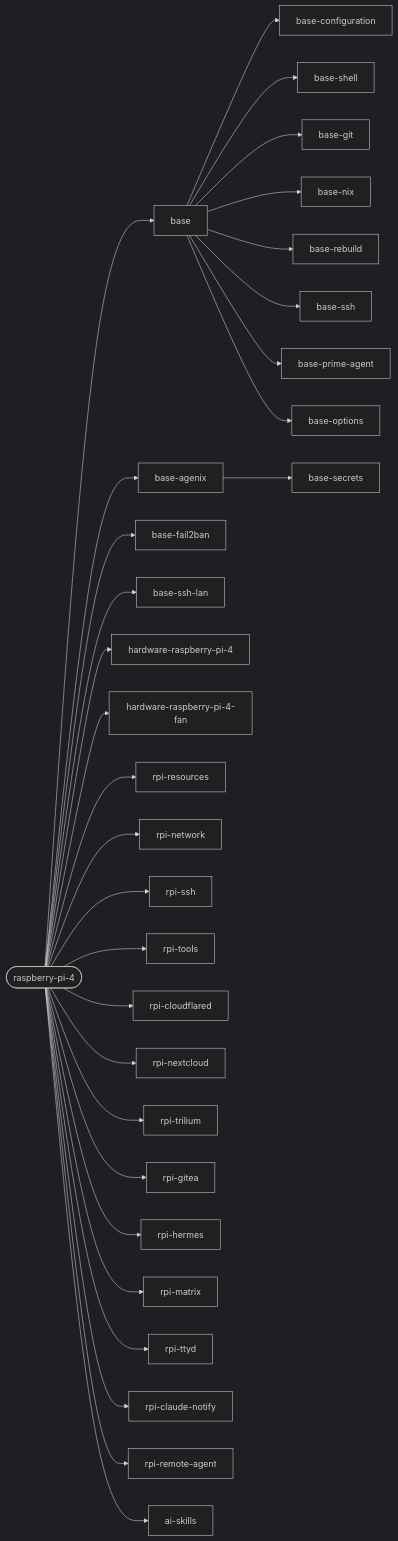
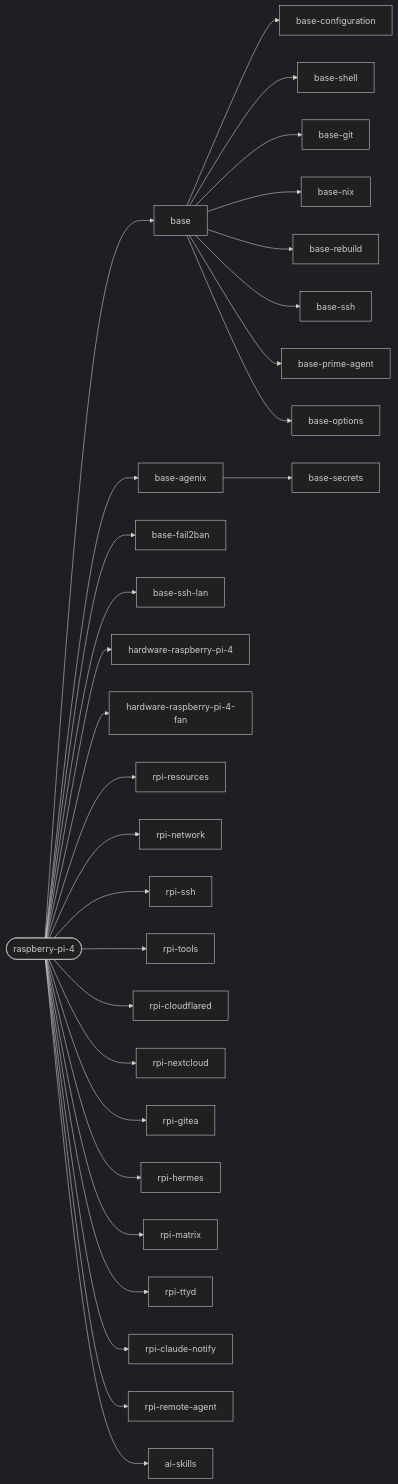
The second of 3 diagrams in docs/reference/hosts.md (janusz-bit/nixos), drawn with Mermaid (dark theme) before and after one commit. The commit also changed other lines of this file and 15 other files, not shown here.

First line of the commit message:
rpi: remove trilium server, keep trilium on the laptop only

````diff
--- a/docs/reference/hosts.md
+++ b/docs/reference/hosts.md
@@ -120,33 +120,32 @@
 ```mermaid
 flowchart LR
   host_raspberry_pi_4([raspberry-pi-4])
   host_raspberry_pi_4 --> base[base]
   host_raspberry_pi_4 --> base_agenix[base-agenix]
   host_raspberry_pi_4 --> base_fail2ban[base-fail2ban]
   host_raspberry_pi_4 --> base_ssh_lan[base-ssh-lan]
   host_raspberry_pi_4 --> hardware_raspberry_pi_4[hardware-raspberry-pi-4]
   host_raspberry_pi_4 --> hardware_raspberry_pi_4_fan[hardware-raspberry-pi-4-fan]
   host_raspberry_pi_4 --> rpi_resources[rpi-resources]
   host_raspberry_pi_4 --> rpi_network[rpi-network]
   host_raspberry_pi_4 --> rpi_ssh[rpi-ssh]
   host_raspberry_pi_4 --> rpi_tools[rpi-tools]
   host_raspberry_pi_4 --> rpi_cloudflared[rpi-cloudflared]
   host_raspberry_pi_4 --> rpi_nextcloud[rpi-nextcloud]
-  host_raspberry_pi_4 --> rpi_trilium[rpi-trilium]
   host_raspberry_pi_4 --> rpi_gitea[rpi-gitea]
   host_raspberry_pi_4 --> rpi_hermes[rpi-hermes]
   host_raspberry_pi_4 --> rpi_matrix[rpi-matrix]
   host_raspberry_pi_4 --> rpi_ttyd[rpi-ttyd]
   host_raspberry_pi_4 --> rpi_claude_notify[rpi-claude-notify]
   host_raspberry_pi_4 --> rpi_remote_agent[rpi-remote-agent]
   host_raspberry_pi_4 --> ai_skills[ai-skills]
   base --> base_configuration[base-configuration]
   base --> base_shell[base-shell]
   base --> base_git[base-git]
   base --> base_nix[base-nix]
   base --> base_rebuild[base-rebuild]
   base --> base_ssh[base-ssh]
   base --> base_prime_agent[base-prime-agent]
   base --> base_options[base-options]
   base_agenix --> base_secrets[base-secrets]
 ```
````
